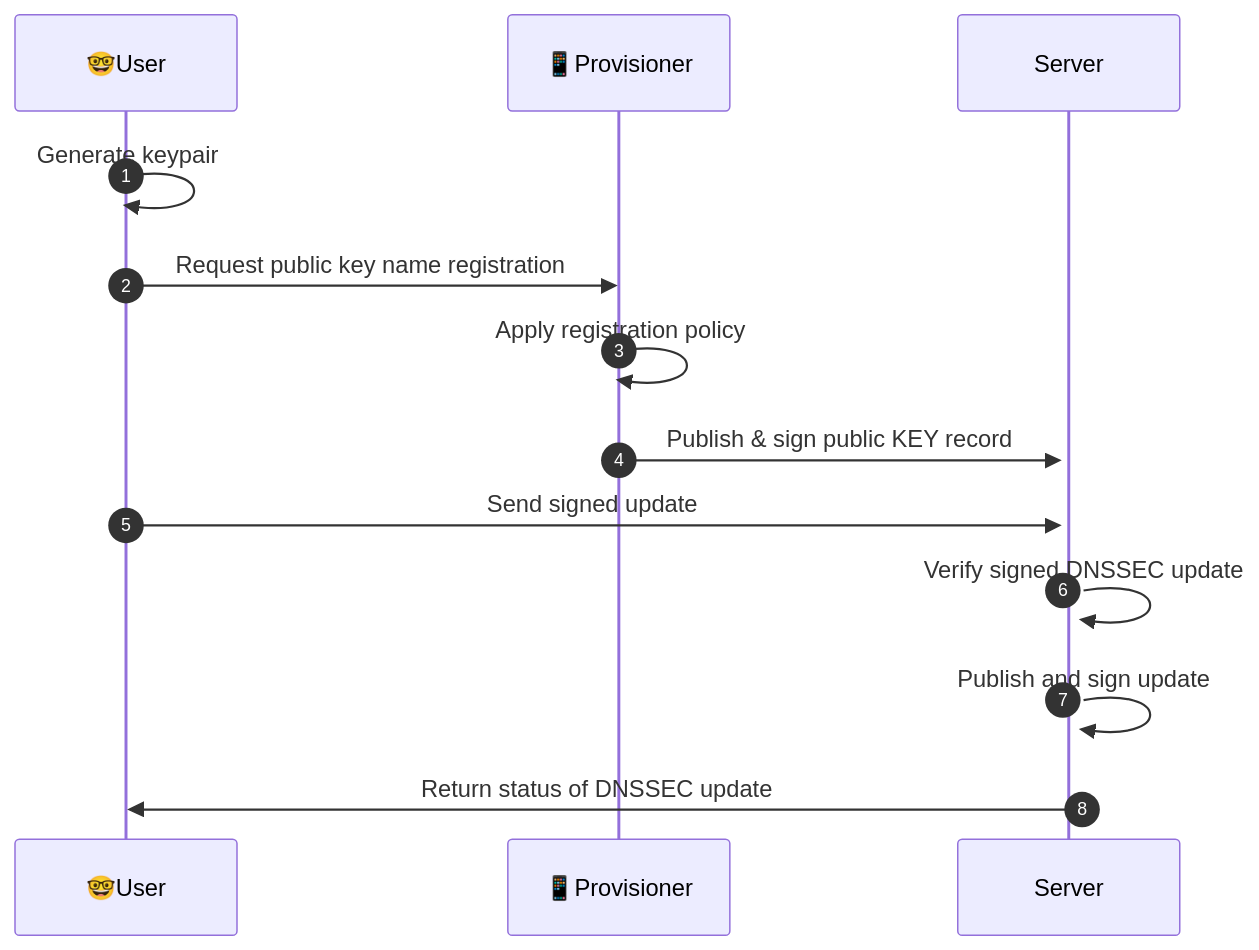
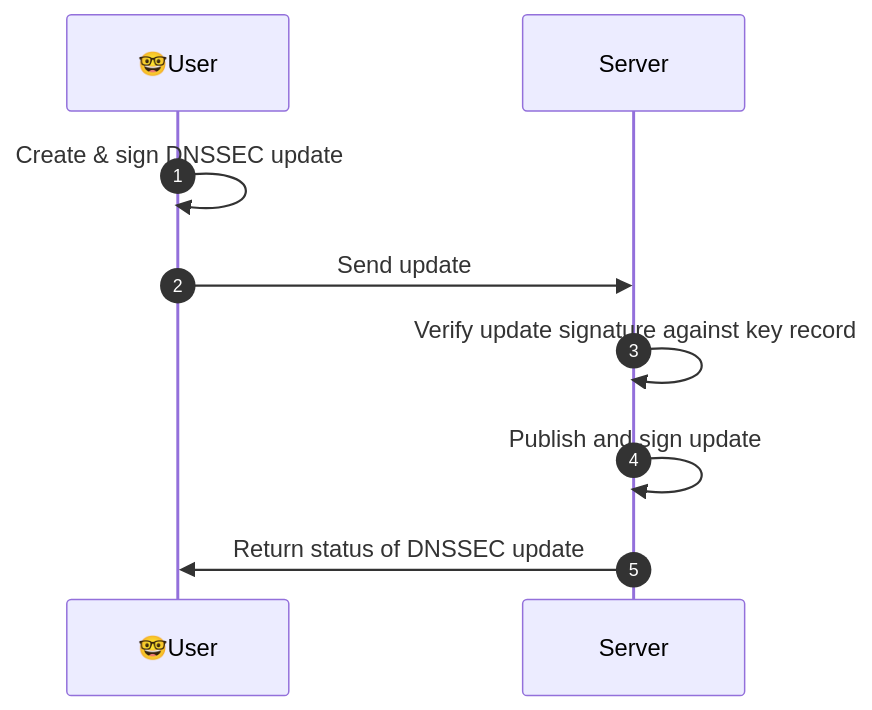
The second of 2 diagrams in README.md (NetworkCommons/sig0namectl), drawn with Mermaid before and after one commit. The commit also changed other lines of this file, not shown here.

Commit message:
split diagram into registration & usage

````diff
--- a/README.md
+++ b/README.md
@@ -68,16 +104,11 @@
 ```mermaid
 sequenceDiagram
 autonumber
   participant U as 🤓User
-  participant P as 📱Provisioner
   participant S as Server
-
-  U->>U: Generate keypair
-  U->>P: Request public key name registration 
-  P->>P: Apply registration policy
-  P->>+S: Publish & sign public KEY record
-  U->>+S: Send signed update 
-  S->>S: Verify signed DNSSEC update
+  U->>U: Create & sign DNSSEC update
+  U->>S: Send update
+  S->>S: Verify update signature against key record
   S->>S: Publish and sign update
   S->>U: Return status of DNSSEC update
 ```
````
